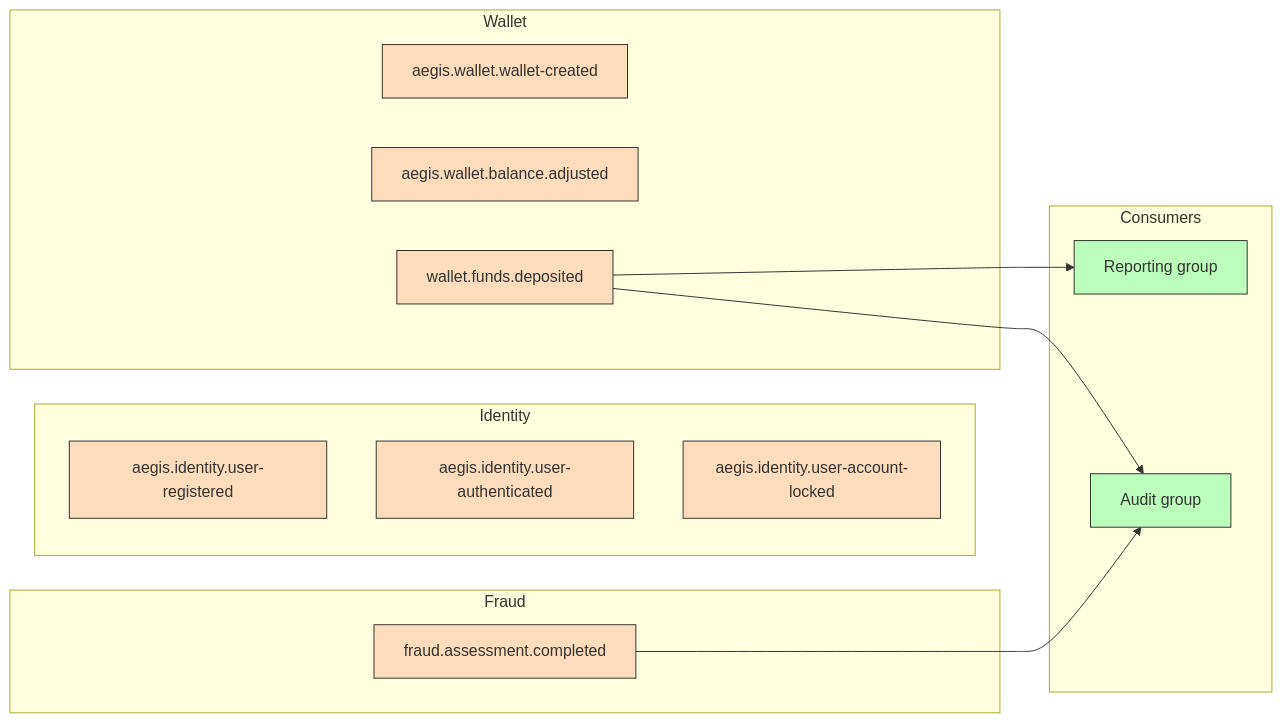
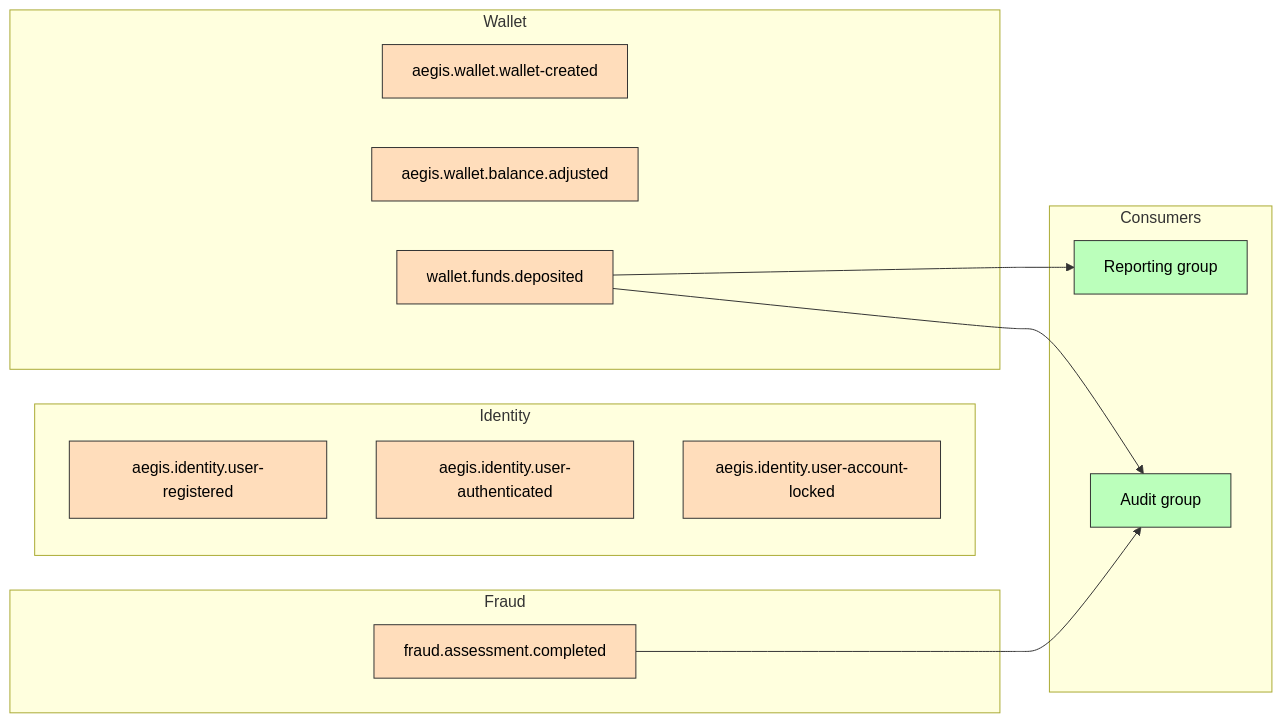
One commit to AlexAlvarezGallardo-GitHub/Aegis changed the diagram in docs/obsidian/05 - Infrastructure/Kafka Topics.md. Above: the diagram before and after it, drawn with Mermaid. The commit also changed 26 other files, not shown here.

Commit message:
docs(infra): add color to mermaid nodes for dark mode readability

````diff
--- a/docs/obsidian/05 - Infrastructure/Kafka Topics.md
+++ b/docs/obsidian/05 - Infrastructure/Kafka Topics.md
@@ -11,32 +11,32 @@
 ```mermaid
 graph LR
     subgraph Identity
         I_Reg[aegis.identity.user-registered]
         I_Auth[aegis.identity.user-authenticated]
         I_Lock[aegis.identity.user-account-locked]
     end
     subgraph Wallet
         W_Create[aegis.wallet.wallet-created]
         W_Balance[aegis.wallet.balance.adjusted]
         W_Deposit[wallet.funds.deposited]
     end
     subgraph Fraud
         F_Assessment[fraud.assessment.completed]
     end
     subgraph Consumers
         Report[Reporting group]
         Audit[Audit group]
     end
     W_Deposit --> Report
     W_Deposit --> Audit
     F_Assessment --> Audit
-    style Report fill:#bfb,stroke:#333
-    style Audit fill:#bfb,stroke:#333
-    style I_Reg fill:#fdb,stroke:#333
-    style I_Auth fill:#fdb,stroke:#333
-    style I_Lock fill:#fdb,stroke:#333
-    style W_Create fill:#fdb,stroke:#333
-    style W_Balance fill:#fdb,stroke:#333
-    style W_Deposit fill:#fdb,stroke:#333
-    style F_Assessment fill:#fdb,stroke:#333
+    style Report fill:#bfb,stroke:#333,color:#000
+    style Audit fill:#bfb,stroke:#333,color:#000
+    style I_Reg fill:#fdb,stroke:#333,color:#000
+    style I_Auth fill:#fdb,stroke:#333,color:#000
+    style I_Lock fill:#fdb,stroke:#333,color:#000
+    style W_Create fill:#fdb,stroke:#333,color:#000
+    style W_Balance fill:#fdb,stroke:#333,color:#000
+    style W_Deposit fill:#fdb,stroke:#333,color:#000
+    style F_Assessment fill:#fdb,stroke:#333,color:#000
 ```
````
